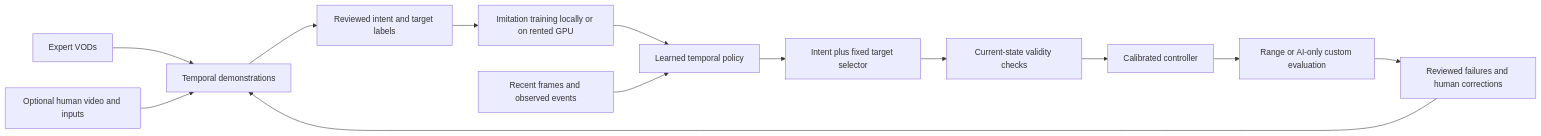
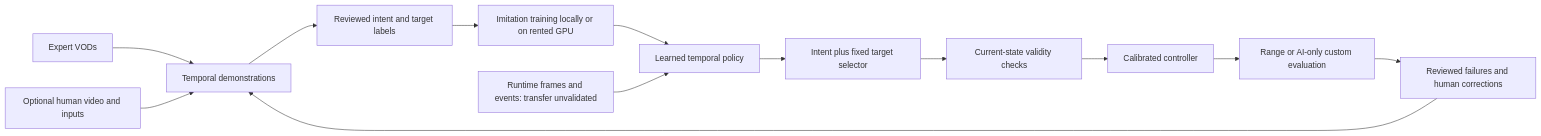
One commit to Volpestyle/rivals-agent changed the diagram in docs/learning-plan.md. Above: the diagram before and after it, drawn with Mermaid. The commit also changed other lines of this file, not shown here.

````diff
--- a/docs/learning-plan.md
+++ b/docs/learning-plan.md
@@ -212,15 +219,15 @@
 ```mermaid
 flowchart LR
     V[Expert VODs] --> D[Temporal demonstrations]
     H[Optional human video and inputs] --> D
     D --> L[Reviewed intent and target labels]
     L --> T[Imitation training locally or on rented GPU]
     T --> P[Learned temporal policy]
-    F[Recent frames and observed events] --> P
+    F[Runtime frames and events: transfer unvalidated] --> P
     P --> I[Intent plus fixed target selector]
     I --> G[Current-state validity checks]
     G --> C[Calibrated controller]
     C --> E[Range or AI-only custom evaluation]
     E --> R[Reviewed failures and human corrections]
     R --> D
 ```
````
